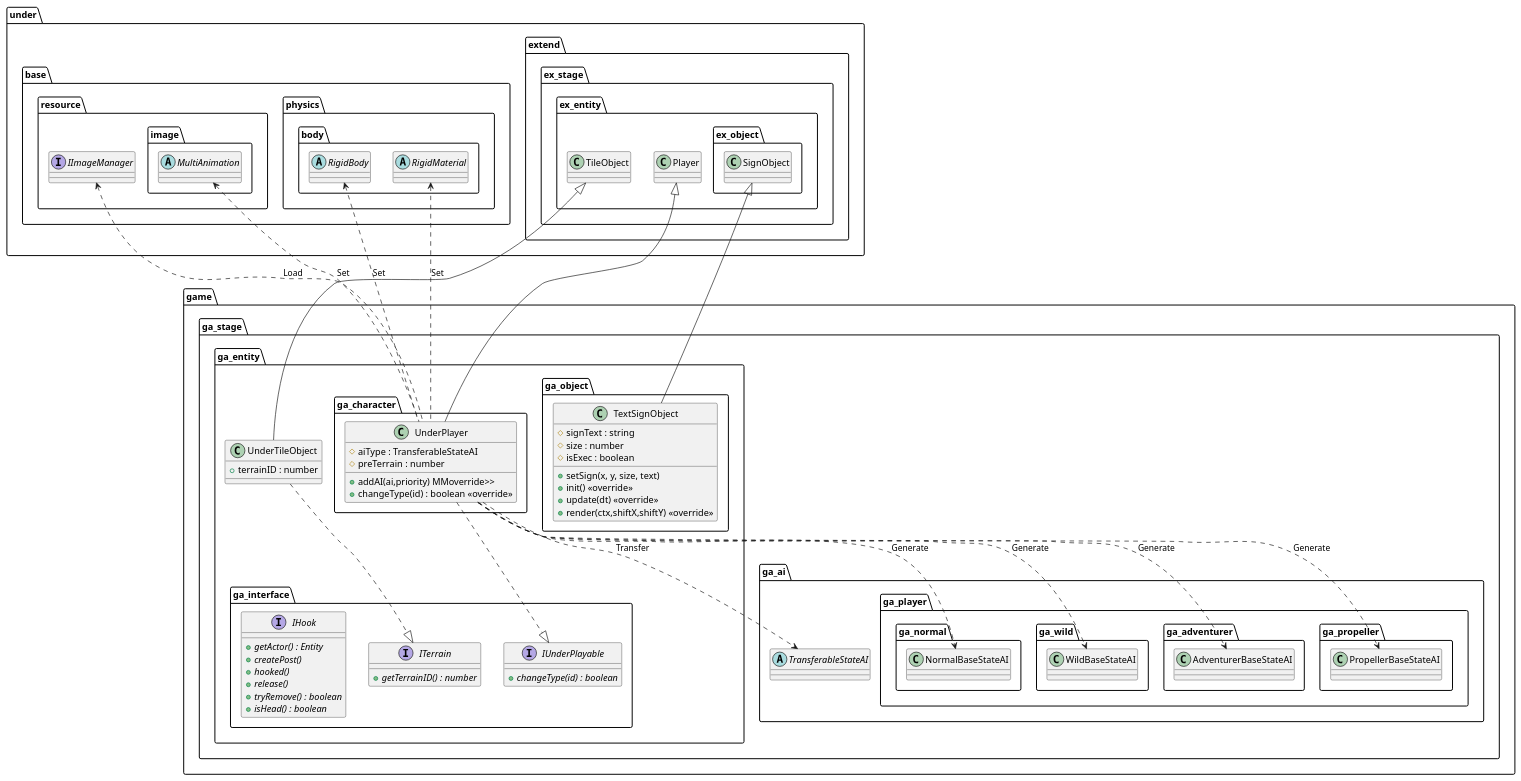
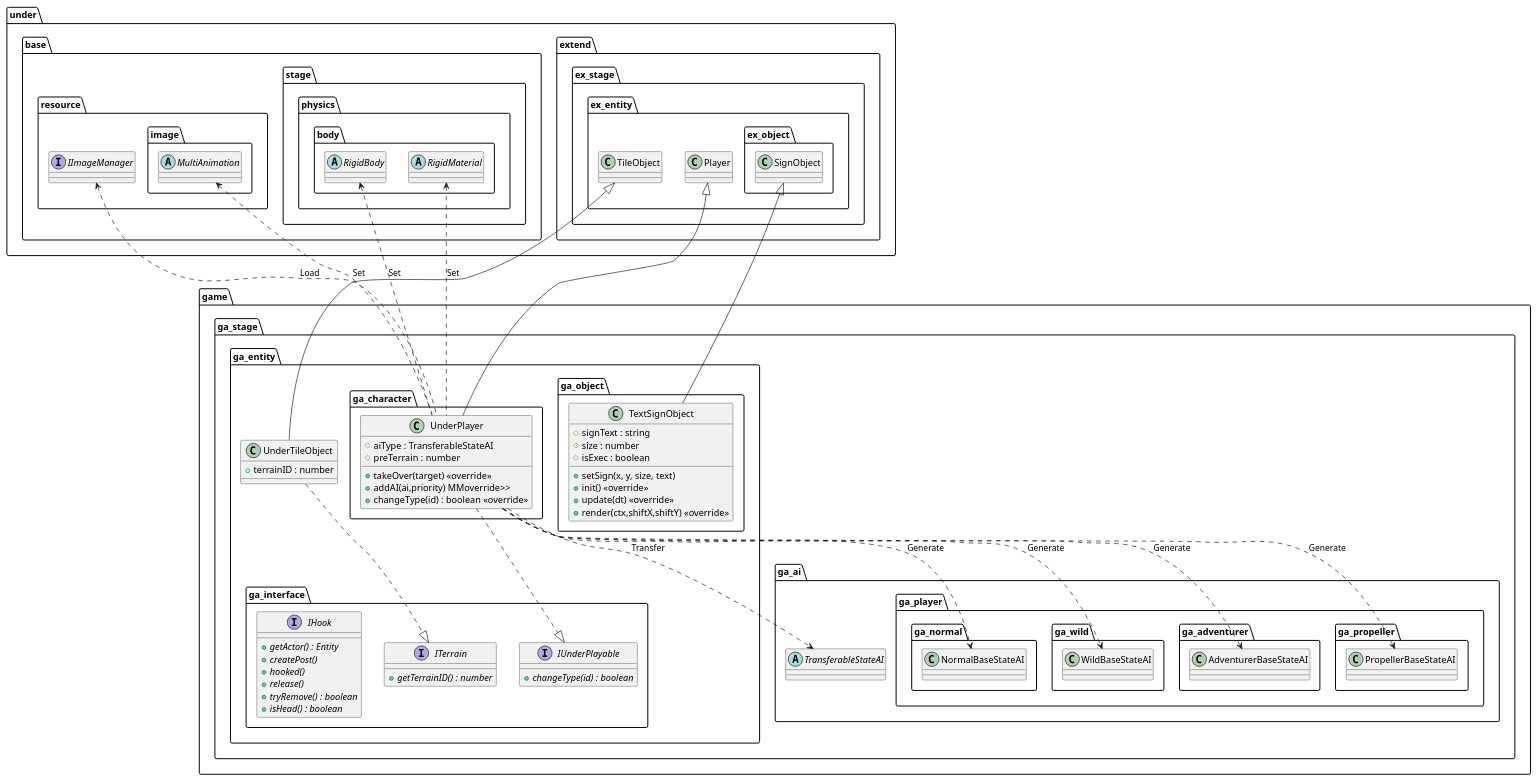
The diagram in uml/entity/Game.wsd (Expine/Under), drawn with PlantUML before and after one commit. The commit also changed 20 other files, not shown here.

```diff
--- a/uml/entity/Game.wsd
+++ b/uml/entity/Game.wsd
@@ -1,113 +1,116 @@
 @startuml EntityGame
 package game {
     package ga_stage {
         package ga_entity {
             class UnderTileObject {
                 +terrainID : number
             }
             package ga_character {
                 class UnderPlayer {
                     #aiType : TransferableStateAI
                     #preTerrain : number
+                    +takeOver(target) <<override>>
                     +addAI(ai,priority) MMoverride>>
                     +changeType(id) : boolean <<override>>
                 }
             }
             package ga_object {
                 class TextSignObject {
                     #signText : string
                     #size : number
                     #isExec : boolean
                     +setSign(x, y, size, text)
                     +init() <<override>>
                     +update(dt) <<override>>
                     +render(ctx,shiftX,shiftY) <<override>>
                 }
             }
             package ga_interface {
                 interface ITerrain {
                     {abstract} +getTerrainID() : number
                 }
                 interface IUnderPlayable {
                     {abstract} +changeType(id) : boolean
                 }
                 interface IHook {
                     {abstract} +getActor() : Entity
                     {abstract} +createPost()
                     {abstract} +hooked()
                     {abstract} +release()
                     {abstract} +tryRemove() : boolean
                     {abstract} +isHead() : boolean
                 }
             }
         }
     }
 }
 
 package under {
     package base {
         package resource {
             interface IImageManager
             package image {
                 abstract MultiAnimation
             }
         }
-        package physics {
-            package body {
-                abstract RigidBody
-                abstract RigidMaterial
+        package stage {
+            package physics {
+                package body {
+                    abstract RigidBody
+                    abstract RigidMaterial
+                }
             }
         }
     }
     package extend {
         package ex_stage {
             package ex_entity {
                 class TileObject
                 class Player
                 package ex_object {
                     class SignObject
                 }
             }
         }
     }
 }
 package game {
     package ga_stage {
         package ga_ai {
             abstract TransferableStateAI
             package ga_player {
                 package ga_normal {
                     class NormalBaseStateAI
                 }
                 package ga_wild {
                     class WildBaseStateAI
                 }
                 package ga_adventurer {
                     class AdventurerBaseStateAI
                 }
                 package ga_propeller {
                     class PropellerBaseStateAI
                 }
             }
         }
     }
 }
 
 UnderPlayer ..> WildBaseStateAI : Generate
 UnderPlayer ..> NormalBaseStateAI : Generate
 UnderPlayer ..> AdventurerBaseStateAI : Generate
 UnderPlayer ..> PropellerBaseStateAI : Generate
 UnderPlayer ..> TransferableStateAI : Transfer
 RigidBody <.. UnderPlayer : Set
 RigidMaterial <.. UnderPlayer : Set
 MultiAnimation <.. UnderPlayer : Set
 IImageManager <.. UnderPlayer : Load
 
 Player <|-- UnderPlayer
 UnderPlayer ..|> IUnderPlayable
 TileObject <|-- UnderTileObject
 UnderTileObject ..|> ITerrain
 
 SignObject <|-- TextSignObject
 
 @enduml
```
